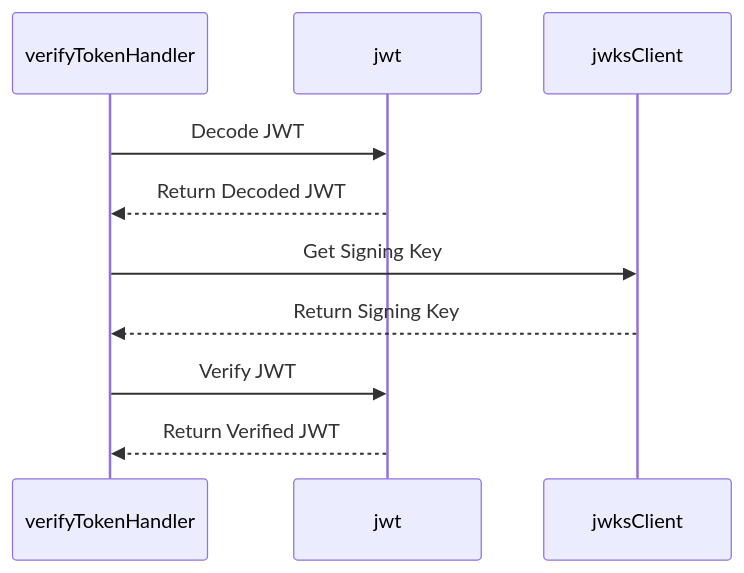
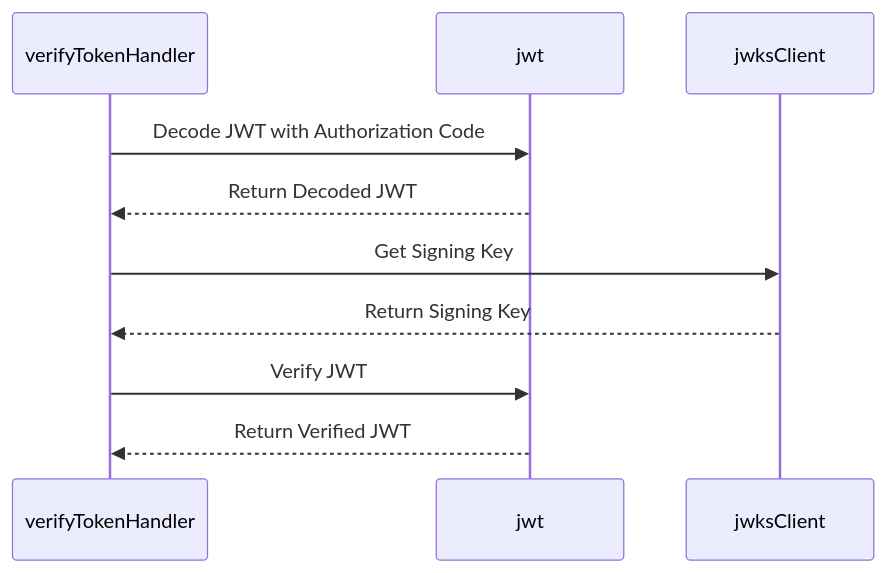
The seventh of 9 diagrams in designAuthentication.md (DannyGZhang/NFT-market-palce-system-design), drawn with Mermaid before and after one commit. The commit also changed other lines of this file, not shown here.

````diff
--- a/designAuthentication.md
+++ b/designAuthentication.md
@@ -116,9 +145,9 @@
 ```mermaid
 sequenceDiagram
-    verifyTokenHandler->>jwt: Decode JWT
+    verifyTokenHandler->>jwt: Decode JWT with Authorization Code
     jwt-->>verifyTokenHandler: Return Decoded JWT
     verifyTokenHandler->>jwksClient: Get Signing Key
     jwksClient-->>verifyTokenHandler: Return Signing Key
     verifyTokenHandler->>jwt: Verify JWT
     jwt-->>verifyTokenHandler: Return Verified JWT
 ```
````
